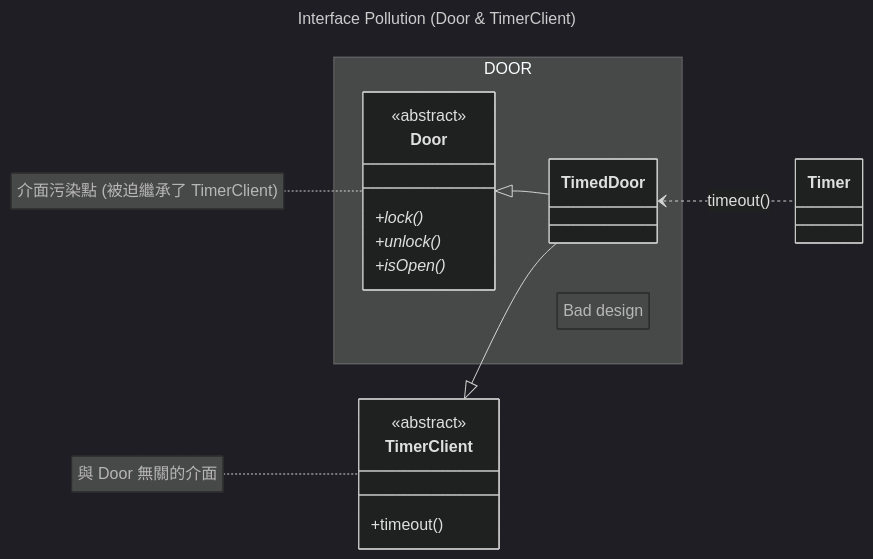
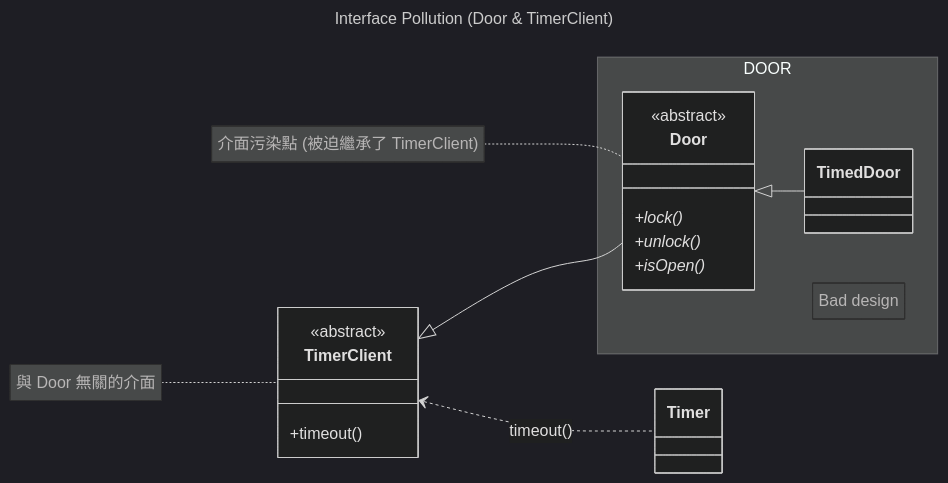
The ninth of 17 diagrams in Part3_Principle/ch08_oo.md (nlhsueh/teach_sw_fw), drawn with Mermaid (dark theme) before and after one commit. The commit also changed other lines of this file, not shown here.

Commit message:
style: replace colons with hyphens in Mermaid titles for better compatibility

````diff
--- a/Part3_Principle/ch08_oo.md
+++ b/Part3_Principle/ch08_oo.md
@@ -525,27 +527,27 @@
 ```mermaid
 ---
 title: Interface Pollution (Door & TimerClient)
 ---
 classDiagram
     direction LR
     namespace DOOR {
     note "Bad design"    
     class Door {
         <<abstract>>
         +lock()* 
         +unlock()* 
         +isOpen()* 
     }
     class TimedDoor
     }
     class TimerClient {
         <<abstract>>
         +timeout()
     }
     Door <|-- TimedDoor
-    TimerClient <|-- TimedDoor
-    TimedDoor <.. Timer: timeout()
+    TimerClient <|-- Door
+    TimerClient <.. Timer: timeout()
 
     note for Door "介面污染點 (被迫繼承了 TimerClient)"
     note for TimerClient "與 Door 無關的介面"
 ```
````
